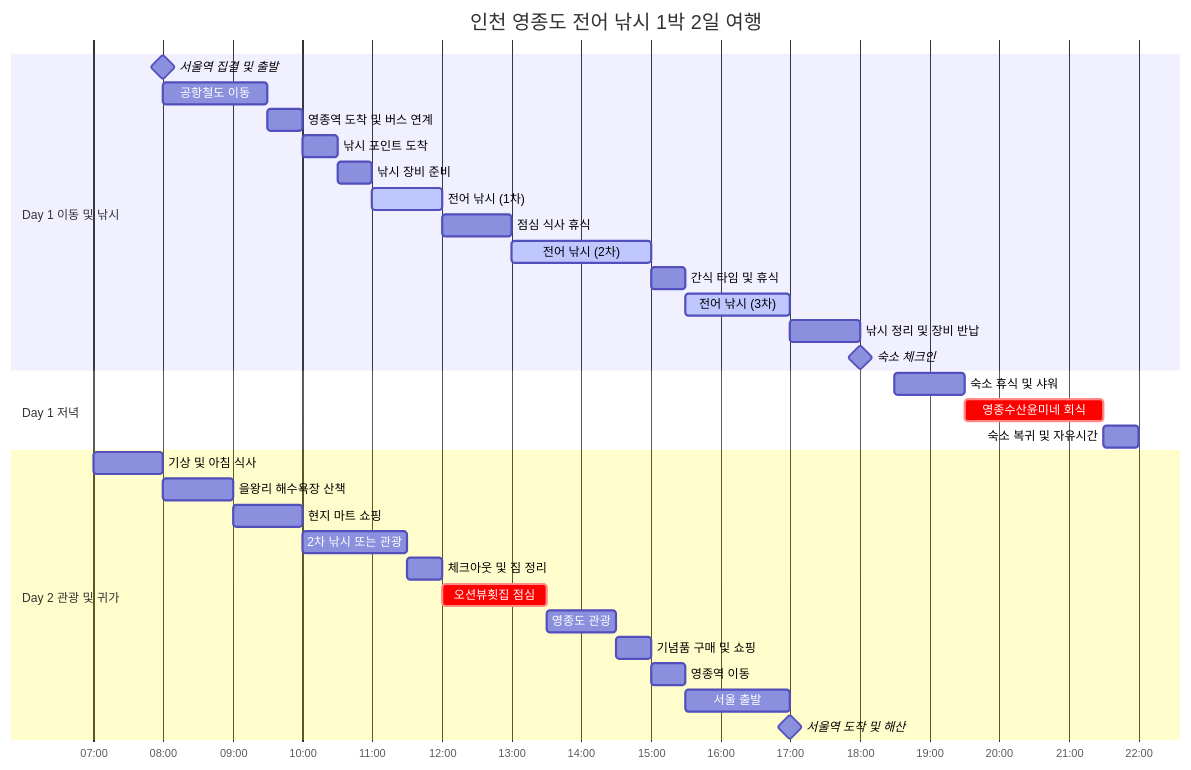
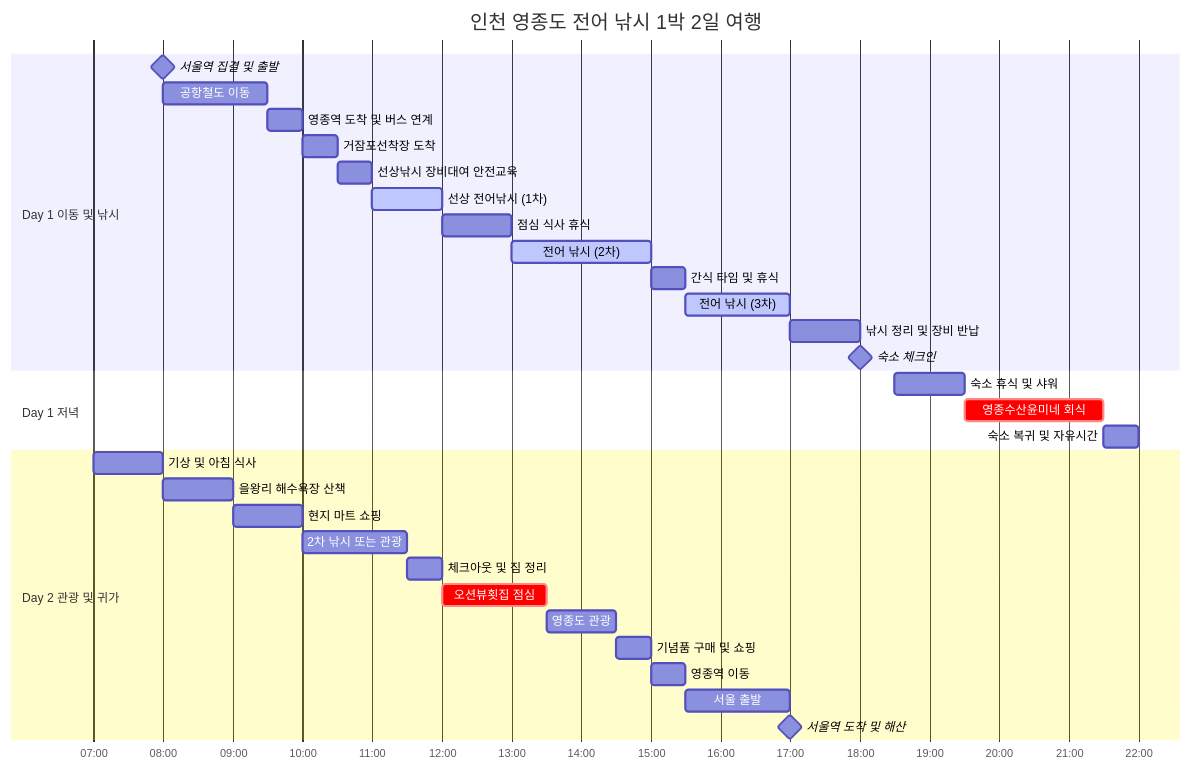
One commit to didghwns0514/matjib_search changed the first of 4 diagrams in README.md. Above: the diagram before and after it, drawn with Mermaid. The commit also changed other lines of this file and 1 other file, not shown here.

First line of the commit message:
🚢 낚시업장 정보 추가 및 선상낚시 완전 가이드 구축

````diff
--- a/README.md
+++ b/README.md
@@ -16,35 +16,35 @@
 ```mermaid
 gantt
     title 인천 영종도 전어 낚시 1박 2일 여행
     dateFormat  HH:mm
     axisFormat %H:%M
     section Day 1 이동 및 낚시
     서울역 집결 및 출발           :milestone, m1, 08:00, 0m
     공항철도 이동                :08:00, 90m
     영종역 도착 및 버스 연계      :09:30, 30m
-    낚시 포인트 도착             :10:00, 30m
-    낚시 장비 준비               :10:30, 30m
-    전어 낚시 (1차)              :active, fishing1, 11:00, 60m
+    거잠포선착장 도착             :10:00, 30m
+    선상낚시 장비대여 안전교육      :10:30, 30m
+    선상 전어낚시 (1차)          :active, fishing1, 11:00, 60m
     점심 식사 휴식               :12:00, 60m
     전어 낚시 (2차)              :active, fishing2, 13:00, 120m
     간식 타임 및 휴식           :15:00, 30m
     전어 낚시 (3차)              :active, fishing3, 15:30, 90m
     낚시 정리 및 장비 반납       :17:00, 60m
     숙소 체크인                  :milestone, m2, 18:00, 0m
     section Day 1 저녁
     숙소 휴식 및 샤워            :18:30, 60m
     영종수산윤미네 회식          :crit, dinner1, 19:30, 120m
     숙소 복귀 및 자유시간        :21:30, 30m
     section Day 2 관광 및 귀가  
     기상 및 아침 식사            :07:00, 60m
     을왕리 해수욕장 산책         :08:00, 60m
     현지 마트 쇼핑               :09:00, 60m
     2차 낚시 또는 관광           :10:00, 90m
     체크아웃 및 짐 정리          :11:30, 30m
     오션뷰횟집 점심              :crit, lunch2, 12:00, 90m
     영종도 관광                  :13:30, 60m
     기념품 구매 및 쇼핑          :14:30, 30m
     영종역 이동                  :15:00, 30m
     서울 출발                    :15:30, 90m
     서울역 도착 및 해산          :milestone, m3, 17:00, 0m
 ```
````
